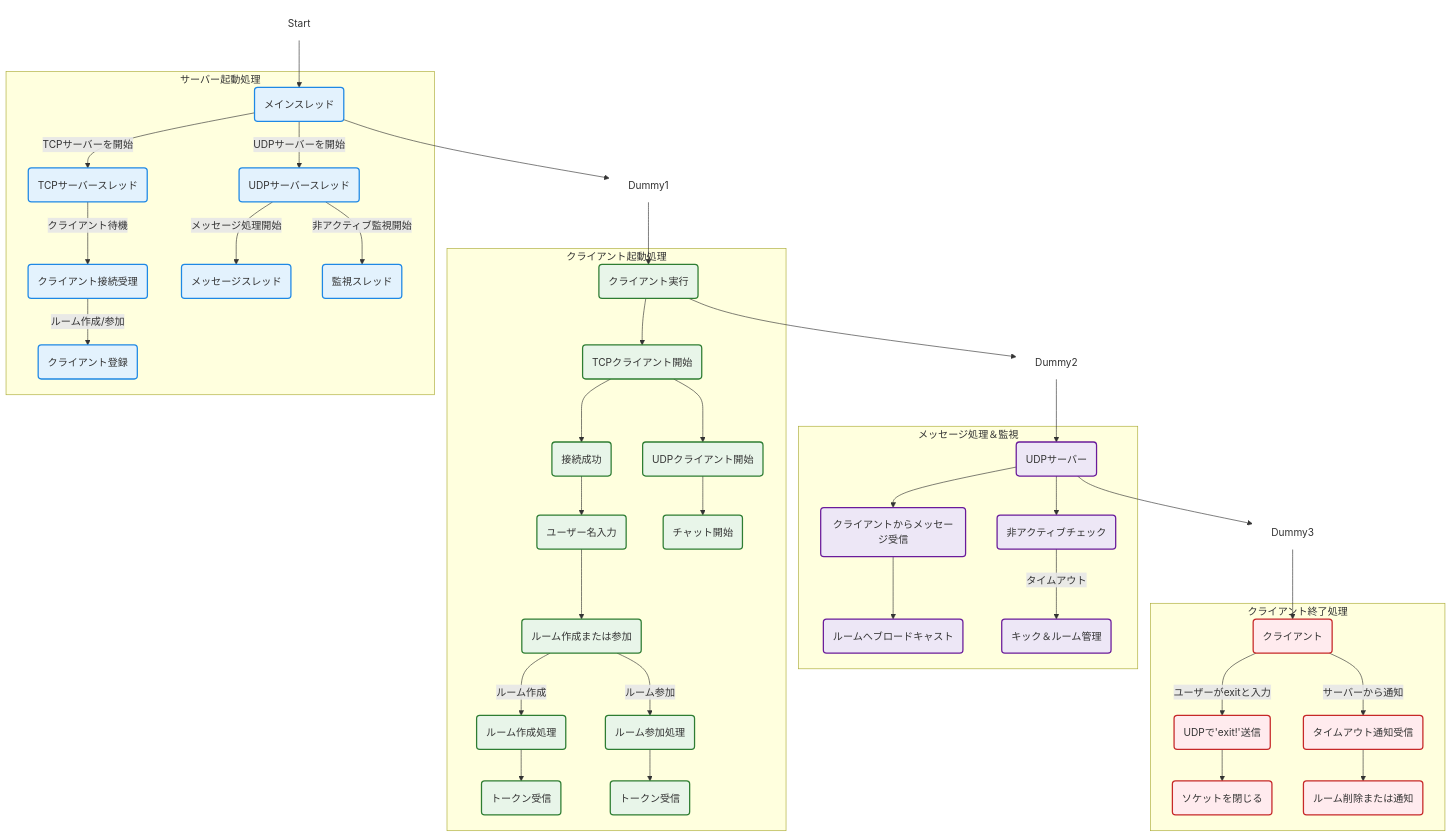
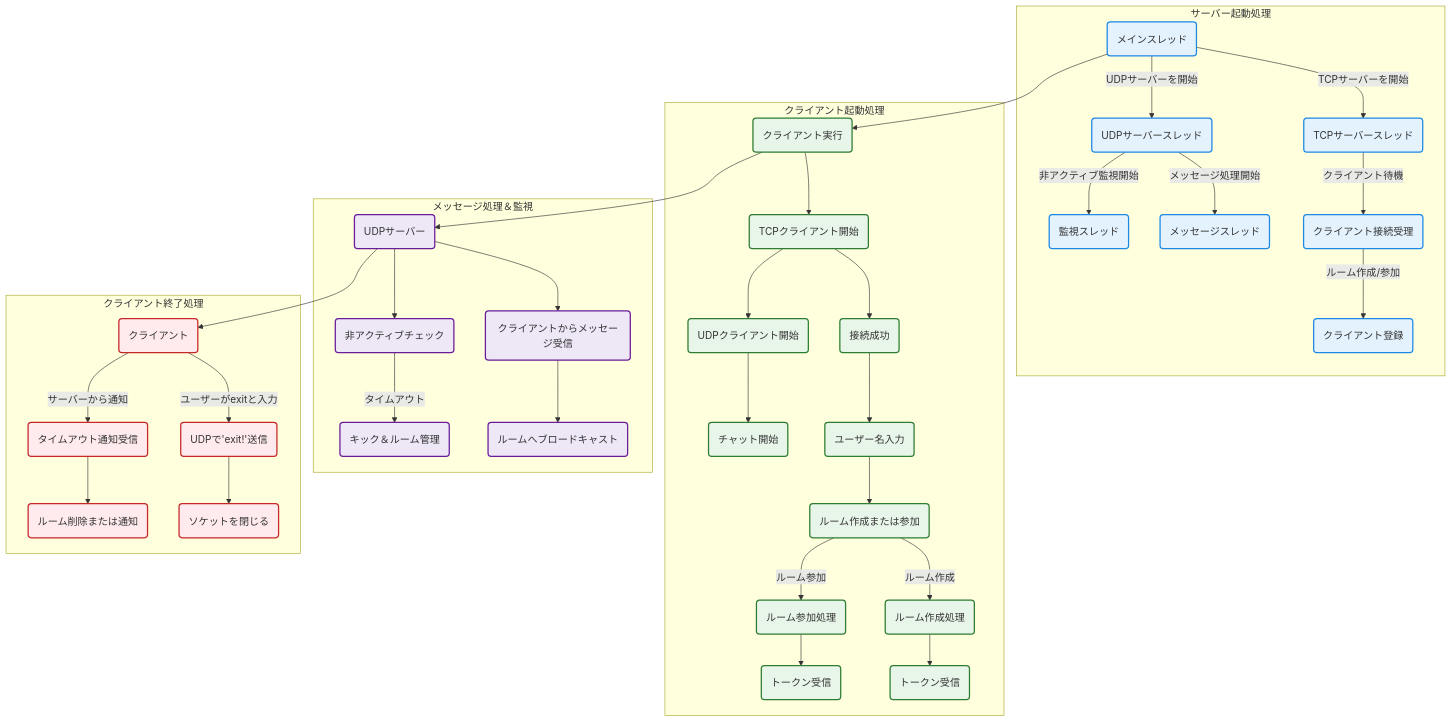
The first of 4 diagrams in README.md (BackendExplorer/Tenshin), drawn with Mermaid before and after one commit.

````diff
--- a/README.md
+++ b/README.md
@@ -81,16 +81,9 @@
 class D1,D2,D3,D4,D5 warning
 end
 
-%% 左→右配置用ダミーノード
-Start --> A1
-A1 --> Dummy1 --> B1
-B1 --> Dummy2 --> C1
-C1 --> Dummy3 --> D1
-
-style Start fill:#ffffff,stroke:#ffffff
-style Dummy1 fill:#ffffff,stroke:#ffffff
-style Dummy2 fill:#ffffff,stroke:#ffffff
-style Dummy3 fill:#ffffff,stroke:#ffffff
-
+%% サブグラフ間接続（表示されないノードなし）
+A1 --> B1
+B1 --> C1
+C1 --> D1
 
 ```
````
